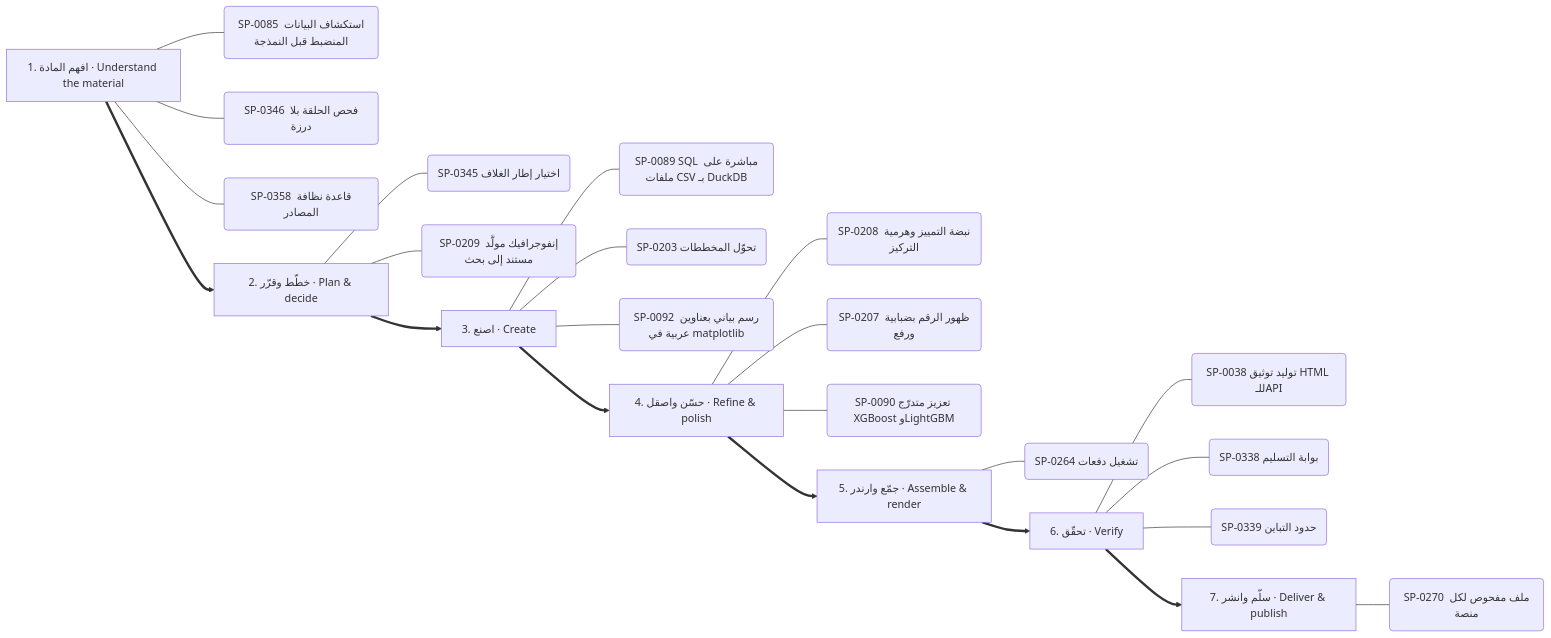
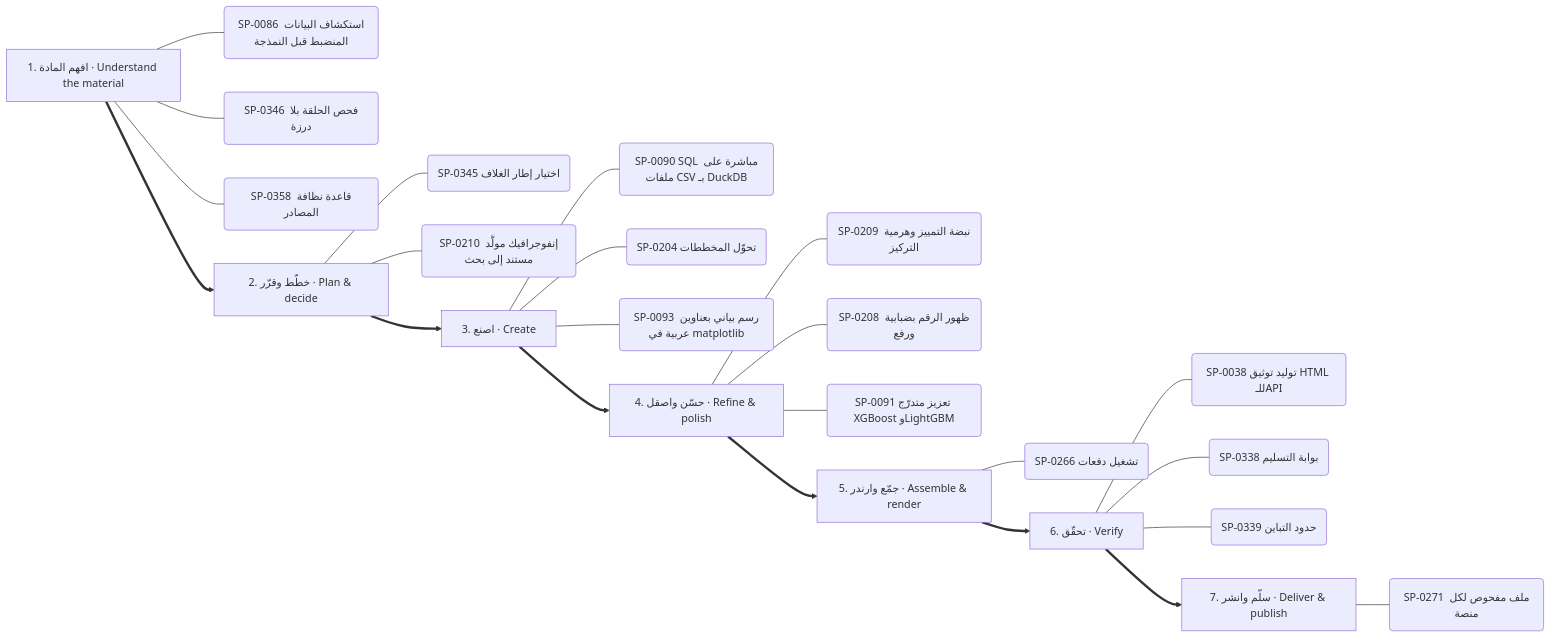
Before and after one commit to kosif199022-jpg/kosif-tool: diagram 12 of 13 in .claude/skills/kosif-superpowers/references/capability-mindmap.md, drawn with Mermaid. The commit also changed other lines of this file and 51 other files, not shown here.

````diff
--- a/.claude/skills/kosif-superpowers/references/capability-mindmap.md
+++ b/.claude/skills/kosif-superpowers/references/capability-mindmap.md
@@ -592,32 +592,32 @@
 ```mermaid
 flowchart LR
   S0["1. افهم المادة · Understand the material"]
-  S0 --- S0_0("SP-0085 استكشاف البيانات المنضبط قبل النمذجة")
+  S0 --- S0_0("SP-0086 استكشاف البيانات المنضبط قبل النمذجة")
   S0 --- S0_1("SP-0346 فحص الحلقة بلا درزة")
   S0 --- S0_2("SP-0358 قاعدة نظافة المصادر")
   S1["2. خطّط وقرّر · Plan & decide"]
   S1 --- S1_0("SP-0345 اختيار إطار الغلاف")
-  S1 --- S1_1("SP-0209 إنفوجرافيك مولَّد مستند إلى بحث")
+  S1 --- S1_1("SP-0210 إنفوجرافيك مولَّد مستند إلى بحث")
   S0 ==> S1
   S2["3. اصنع · Create"]
-  S2 --- S2_0("SP-0089 SQL مباشرة على ملفات CSV بـ DuckDB")
-  S2 --- S2_1("SP-0203 تحوّل المخططات")
-  S2 --- S2_2("SP-0092 رسم بياني بعناوين عربية في matplotlib")
+  S2 --- S2_0("SP-0090 SQL مباشرة على ملفات CSV بـ DuckDB")
+  S2 --- S2_1("SP-0204 تحوّل المخططات")
+  S2 --- S2_2("SP-0093 رسم بياني بعناوين عربية في matplotlib")
   S1 ==> S2
   S3["4. حسّن واصقل · Refine & polish"]
-  S3 --- S3_0("SP-0208 نبضة التمييز وهرمية التركيز")
-  S3 --- S3_1("SP-0207 ظهور الرقم بضبابية ورفع")
-  S3 --- S3_2("SP-0090 تعزيز متدرّج XGBoost وLightGBM")
+  S3 --- S3_0("SP-0209 نبضة التمييز وهرمية التركيز")
+  S3 --- S3_1("SP-0208 ظهور الرقم بضبابية ورفع")
+  S3 --- S3_2("SP-0091 تعزيز متدرّج XGBoost وLightGBM")
   S2 ==> S3
   S4["5. جمّع وارندر · Assemble & render"]
-  S4 --- S4_0("SP-0264 تشغيل دفعات")
+  S4 --- S4_0("SP-0266 تشغيل دفعات")
   S3 ==> S4
   S5["6. تحقّق · Verify"]
   S5 --- S5_0("SP-0038 توليد توثيق HTML للـAPI")
   S5 --- S5_1("SP-0338 بوابة التسليم")
   S5 --- S5_2("SP-0339 حدود التباين")
   S4 ==> S5
   S6["7. سلّم وانشر · Deliver & publish"]
-  S6 --- S6_0("SP-0270 ملف مفحوص لكل منصة")
+  S6 --- S6_0("SP-0271 ملف مفحوص لكل منصة")
   S5 ==> S6
 ```
````
